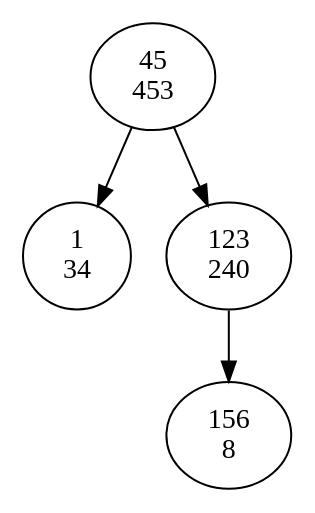
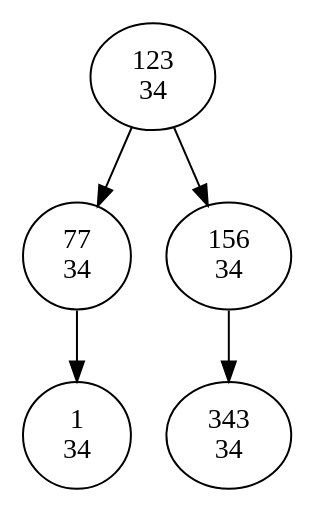
Before and after one commit to jackbogdanov/homework: the diagram in tree/out.dot, drawn with Graphviz. The commit also changed other lines of this file, not shown here.

```diff
--- a/tree/out.dot
+++ b/tree/out.dot
@@ -1,5 +1,6 @@
 digraph {
-"45\n453" -> "1\n34";
-"45\n453" -> "123\n240";
-"123\n240" -> "156\n8";
+  "123\n34" -> "77\n34"
+  "77\n34" -> "1\n34"
+  "123\n34" -> "156\n34"
+  "156\n34" -> "343\n34"
 }
```
